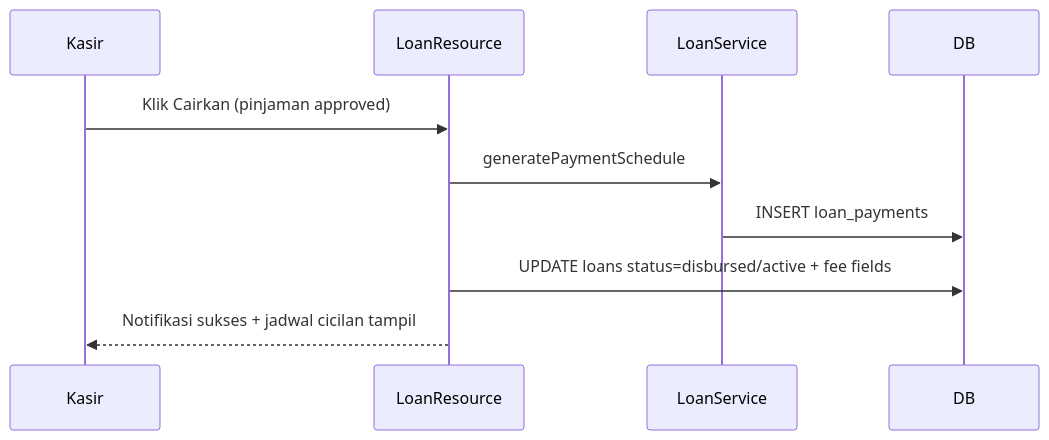
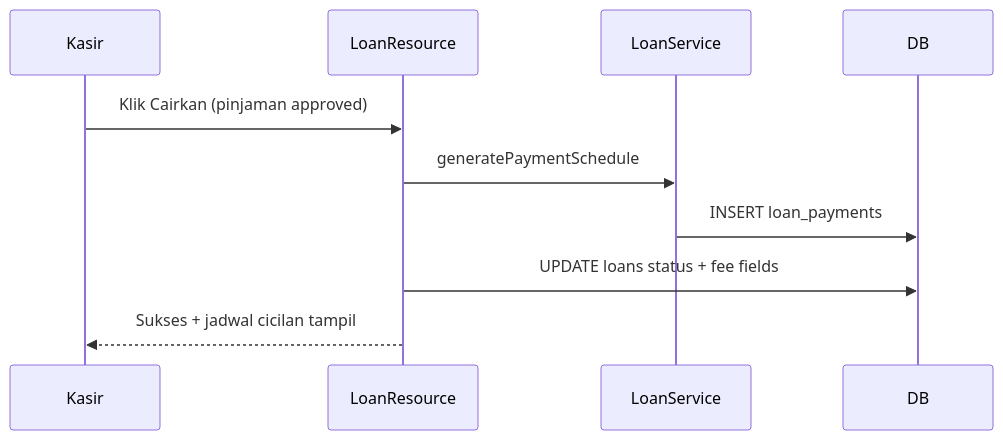
The fifth of 5 diagrams in BAB_4_HASIL_DAN_PEMBAHASAN.md (adrianakbar/karya_tantri_abadi), drawn with Mermaid before and after one commit. The commit also changed other lines of this file, not shown here.

````diff
--- a/BAB_4_HASIL_DAN_PEMBAHASAN.md
+++ b/BAB_4_HASIL_DAN_PEMBAHASAN.md
@@ -188,12 +195,12 @@
 ```mermaid
 sequenceDiagram
     participant Kasir
     participant LoanResource
     participant LoanService
     participant DB
     Kasir->>LoanResource: Klik Cairkan (pinjaman approved)
     LoanResource->>LoanService: generatePaymentSchedule
     LoanService->>DB: INSERT loan_payments
-    LoanResource->>DB: UPDATE loans status=disbursed/active + fee fields
-    LoanResource-->>Kasir: Notifikasi sukses + jadwal cicilan tampil
+    LoanResource->>DB: UPDATE loans status + fee fields
+    LoanResource-->>Kasir: Sukses + jadwal cicilan tampil
 ```
````
